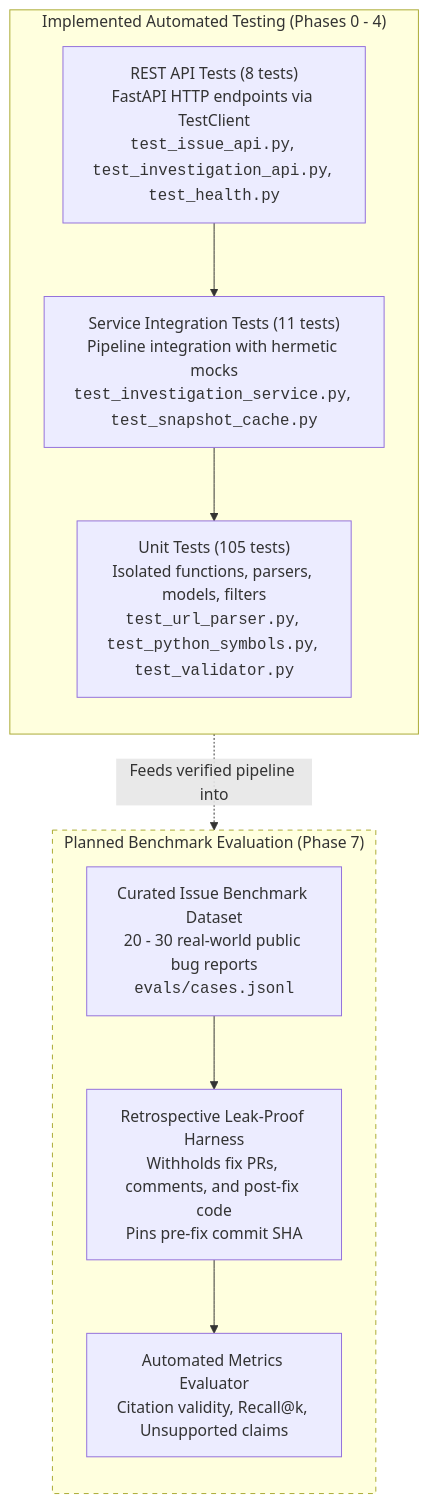
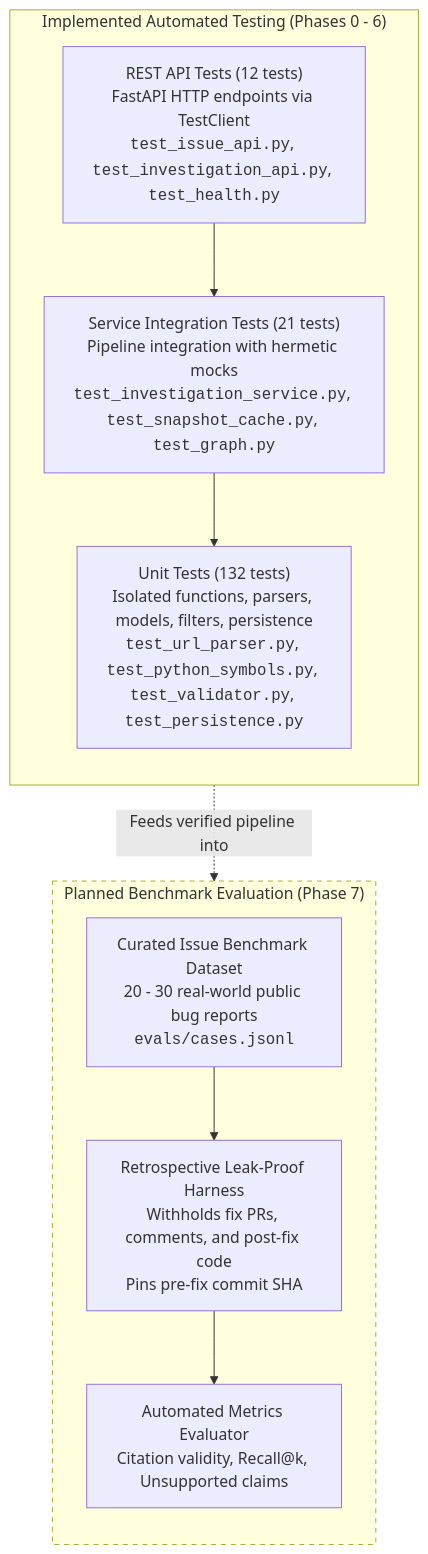
The first of 2 diagrams in docs/architecture/testing-and-evaluation.md (vishwaskotegar/Issuelens), drawn with Mermaid before and after one commit. The commit also changed other lines of this file and 29 other files, not shown here.

Commit message:
feat(persistence): implement PostgreSQL schema, Alembic migrations, repository pattern, and restart survivability (Phase 6)

````diff
--- a/docs/architecture/testing-and-evaluation.md
+++ b/docs/architecture/testing-and-evaluation.md
@@ -11,24 +11,24 @@
 ```mermaid
 flowchart TD
-    subgraph ImplementedPyramid["Implemented Automated Testing (Phases 0 - 4)"]
+    subgraph ImplementedPyramid["Implemented Automated Testing (Phases 0 - 6)"]
         direction TB
-        UnitTests["Unit Tests (105 tests)<br/>Isolated functions, parsers, models, filters<br/><code>test_url_parser.py</code>, <code>test_python_symbols.py</code>, <code>test_validator.py</code>"]
-        IntegrationTests["Service Integration Tests (11 tests)<br/>Pipeline integration with hermetic mocks<br/><code>test_investigation_service.py</code>, <code>test_snapshot_cache.py</code>"]
-        APITests["REST API Tests (8 tests)<br/>FastAPI HTTP endpoints via TestClient<br/><code>test_issue_api.py</code>, <code>test_investigation_api.py</code>, <code>test_health.py</code>"]
+        UnitTests["Unit Tests (132 tests)<br/>Isolated functions, parsers, models, filters, persistence<br/><code>test_url_parser.py</code>, <code>test_python_symbols.py</code>, <code>test_validator.py</code>, <code>test_persistence.py</code>"]
+        IntegrationTests["Service Integration Tests (21 tests)<br/>Pipeline integration with hermetic mocks<br/><code>test_investigation_service.py</code>, <code>test_snapshot_cache.py</code>, <code>test_graph.py</code>"]
+        APITests["REST API Tests (12 tests)<br/>FastAPI HTTP endpoints via TestClient<br/><code>test_issue_api.py</code>, <code>test_investigation_api.py</code>, <code>test_health.py</code>"]
         APITests --> IntegrationTests
         IntegrationTests --> UnitTests
     end
 
     subgraph PlannedEvaluation["Planned Benchmark Evaluation (Phase 7)"]
         direction TB
         DatasetCurated["Curated Issue Benchmark Dataset<br/>20 - 30 real-world public bug reports<br/><code>evals/cases.jsonl</code>"]
         LeakPrevention["Retrospective Leak-Proof Harness<br/>Withholds fix PRs, comments, and post-fix code<br/>Pins pre-fix commit SHA"]
         MetricsEngine["Automated Metrics Evaluator<br/>Citation validity, Recall@k, Unsupported claims"]
         DatasetCurated --> LeakPrevention
         LeakPrevention --> MetricsEngine
     end
 
     ImplementedPyramid -.->|"Feeds verified pipeline into"| PlannedEvaluation
 
     style PlannedEvaluation stroke-dasharray: 5 5
 ```
````
